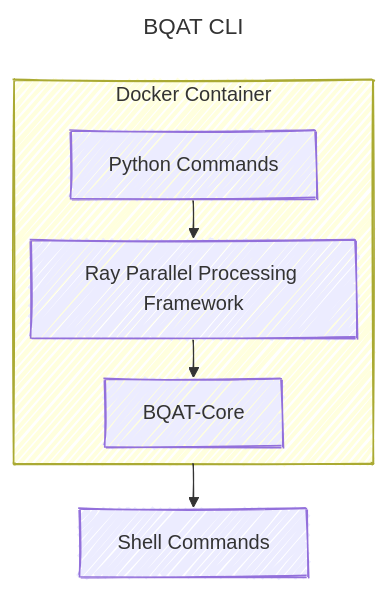
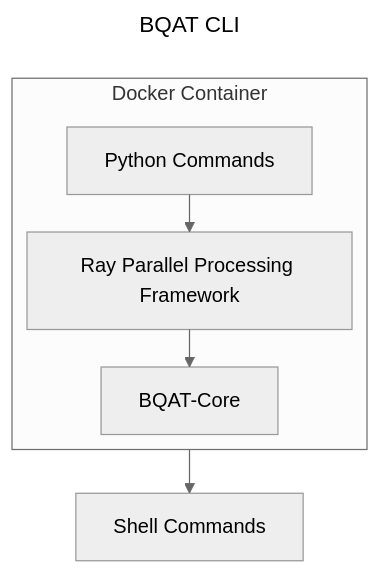
Before and after one commit to Biometix/biometix.github.io: the eighth of 11 diagrams in index/framework.md, drawn with Mermaid. The commit also changed other lines of this file and 5 other files, not shown here.

Commit message:
chores: tweak mermaid style

````diff
--- a/index/framework.md
+++ b/index/framework.md
@@ -179,15 +196,14 @@
 ``` mermaid
 ---
 title: BQAT CLI
 config:
-  theme: mc
-  look: handDrawn
+  theme: neutral
   layout: elk
 ---
 flowchart TD
   subgraph s1["Docker Container"]
     n0["Python Commands"] --> n1["Ray Parallel Processing Framework"]
     n1 --> n2["BQAT-Core"]
   end
   s1 --> n3["Shell Commands"]
 ```
````
